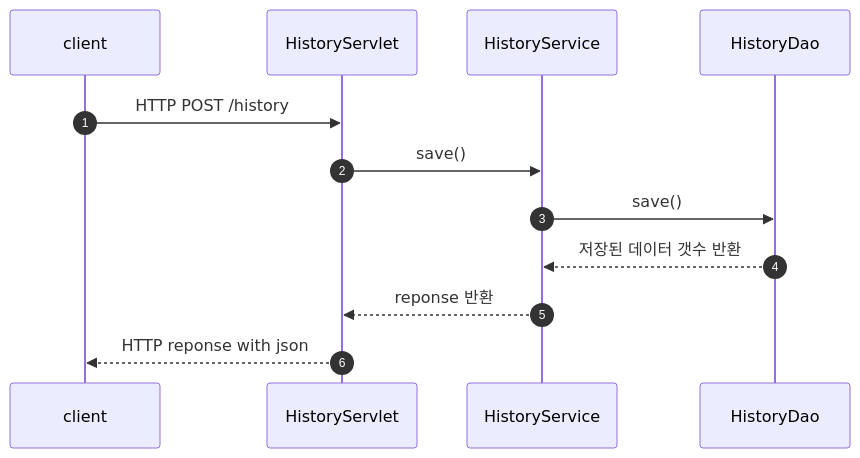
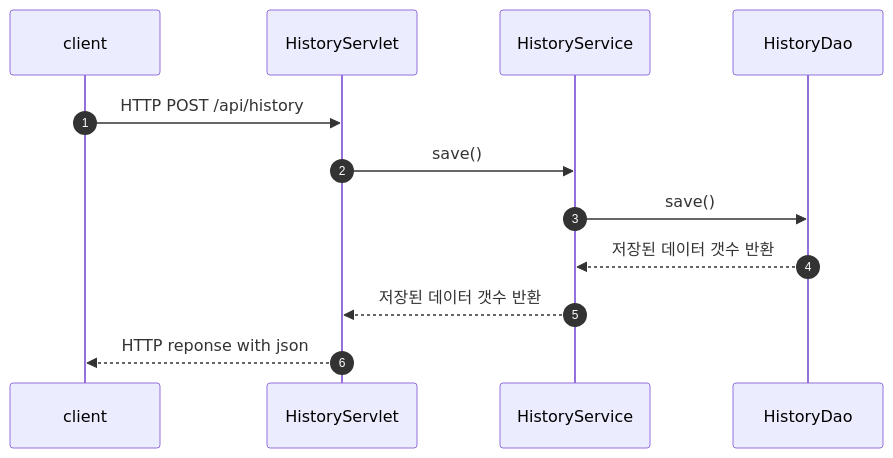
Before and after one commit to kimJH47/wifiServer: the fourth of 13 diagrams in readme.md, drawn with Mermaid. The commit also changed other lines of this file, not shown here.

Commit message:
fix: flow chart, api 명세 수정

````diff
--- a/readme.md
+++ b/readme.md
@@ -75,15 +77,15 @@
 ```mermaid
     sequenceDiagram
     autonumber
     participant client
     participant HistoryServlet
     participant HistoryService
     participant HistoryDao
 
-    client->> HistoryServlet: HTTP POST /history 
+    client->> HistoryServlet: HTTP POST /api/history 
     HistoryServlet->> HistoryService: save()
     HistoryService->> HistoryDao: save()
     HistoryDao-->>HistoryService: 저장된 데이터 갯수 반환
-    HistoryService-->>HistoryServlet: reponse 반환
+    HistoryService-->>HistoryServlet: 저장된 데이터 갯수 반환
     HistoryServlet-->> client : HTTP reponse with json
 ```
````
